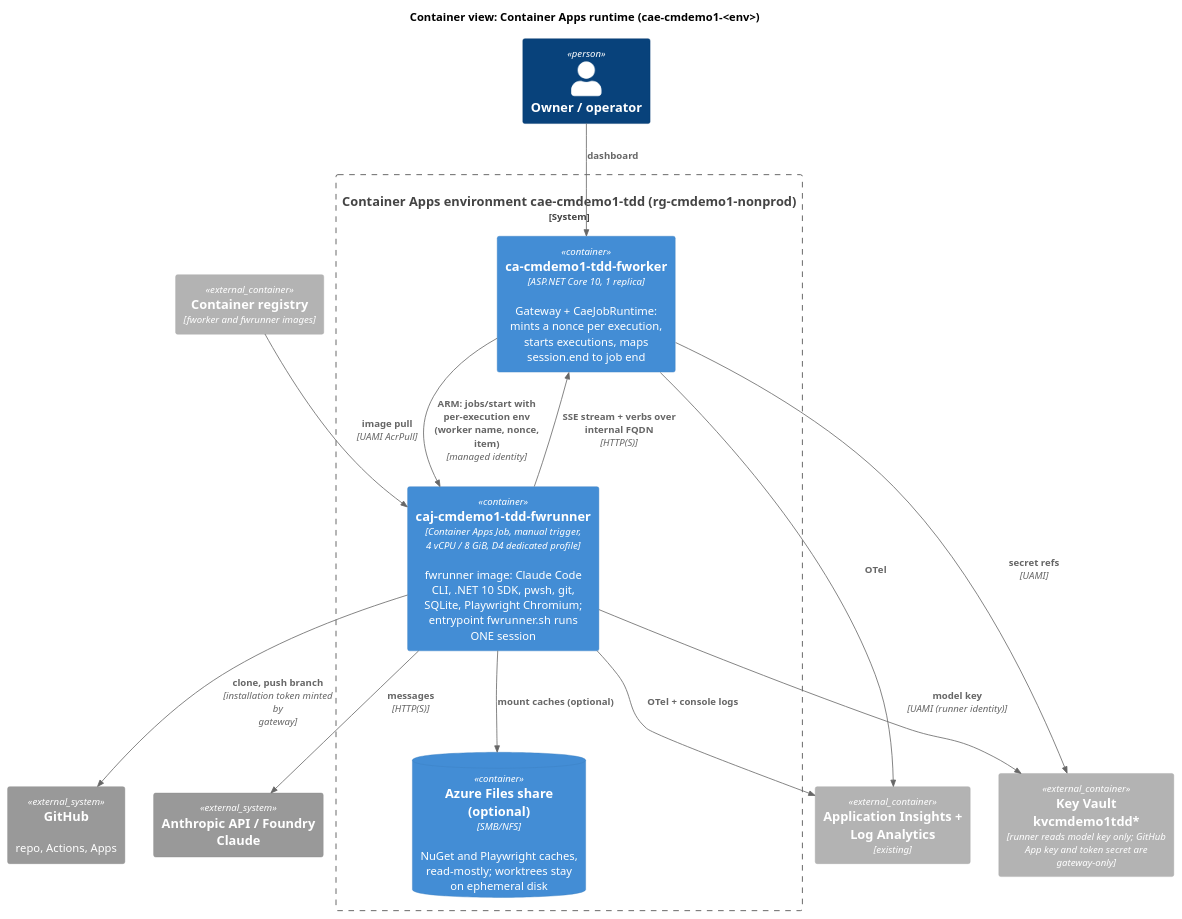
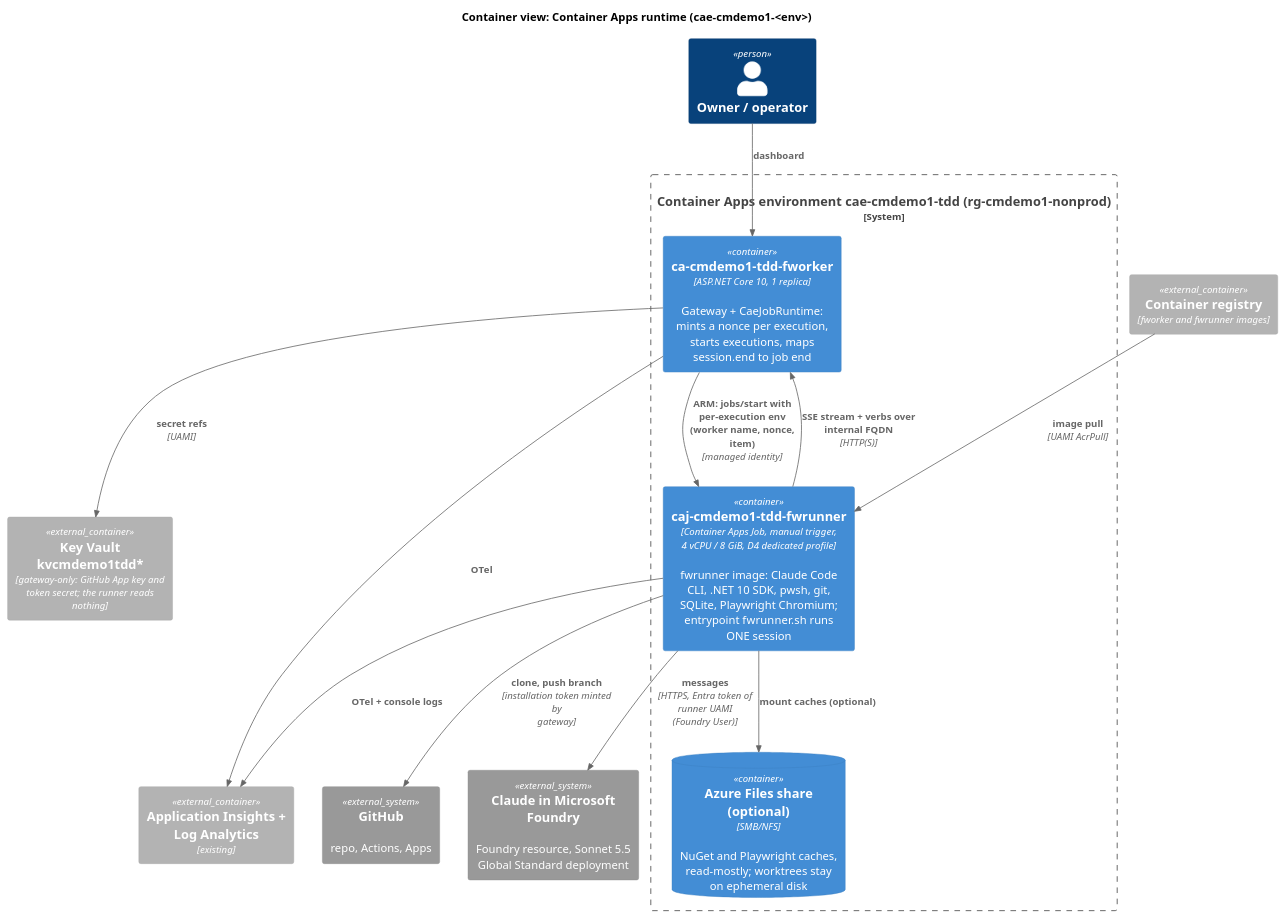
One commit to clearmeasure-aisf-sample-apps/cmdemo1-fworker changed the diagram in docs/design/diagrams/cwr-cae-container.puml. Above: the diagram before and after it, drawn with PlantUML. The commit also changed 6 other files, not shown here.

First line of the commit message:
docs: cloud worker runtimes, drop Foundry hosted agent, Claude Sonnet 5.5 in Foundry for the job runtime

```diff
--- a/docs/design/diagrams/cwr-cae-container.puml
+++ b/docs/design/diagrams/cwr-cae-container.puml
@@ -1,27 +1,26 @@
 @startuml cwr-cae-container
 !include <C4/C4_Container>
 LAYOUT_TOP_DOWN()
 title Container view: Container Apps runtime (cae-cmdemo1-<env>)
 Person(owner, "Owner / operator")
 System_Boundary(env, "Container Apps environment cae-cmdemo1-tdd (rg-cmdemo1-nonprod)") {
   Container(gw, "ca-cmdemo1-tdd-fworker", "ASP.NET Core 10, 1 replica", "Gateway + CaeJobRuntime: mints a nonce per execution, starts executions, maps session.end to job end")
   Container(job, "caj-cmdemo1-tdd-fwrunner", "Container Apps Job, manual trigger, 4 vCPU / 8 GiB, D4 dedicated profile", "fwrunner image: Claude Code CLI, .NET 10 SDK, pwsh, git, SQLite, Playwright Chromium; entrypoint fwrunner.sh runs ONE session")
   ContainerDb(files, "Azure Files share (optional)", "SMB/NFS", "NuGet and Playwright caches, read-mostly; worktrees stay on ephemeral disk")
 }
-Container_Ext(kv, "Key Vault kvcmdemo1tdd*", "runner reads model key only; GitHub App key and token secret are gateway-only")
+Container_Ext(kv, "Key Vault kvcmdemo1tdd*", "gateway-only: GitHub App key and token secret; the runner reads nothing")
 Container_Ext(acr, "Container registry", "fworker and fwrunner images")
 Container_Ext(ai, "Application Insights + Log Analytics", "existing")
 System_Ext(gh, "GitHub", "repo, Actions, Apps")
-System_Ext(model, "Anthropic API / Foundry Claude")
+System_Ext(model, "Claude in Microsoft Foundry", "Foundry resource, Sonnet 5.5 Global Standard deployment")
 Rel(owner, gw, "dashboard")
 Rel(gw, job, "ARM: jobs/start with per-execution env (worker name, nonce, item)", "managed identity")
 Rel(job, gw, "SSE stream + verbs over internal FQDN", "HTTP(S)")
 Rel(job, gh, "clone, push branch", "installation token minted by gateway")
-Rel(job, model, "messages", "HTTP(S)")
+Rel(job, model, "messages", "HTTPS, Entra token of runner UAMI (Foundry User)")
 Rel(job, files, "mount caches (optional)")
 Rel(gw, kv, "secret refs", "UAMI")
-Rel(job, kv, "model key", "UAMI (runner identity)")
 Rel(job, ai, "OTel + console logs")
 Rel(gw, ai, "OTel")
 Rel(acr, job, "image pull", "UAMI AcrPull")
 @enduml
```
